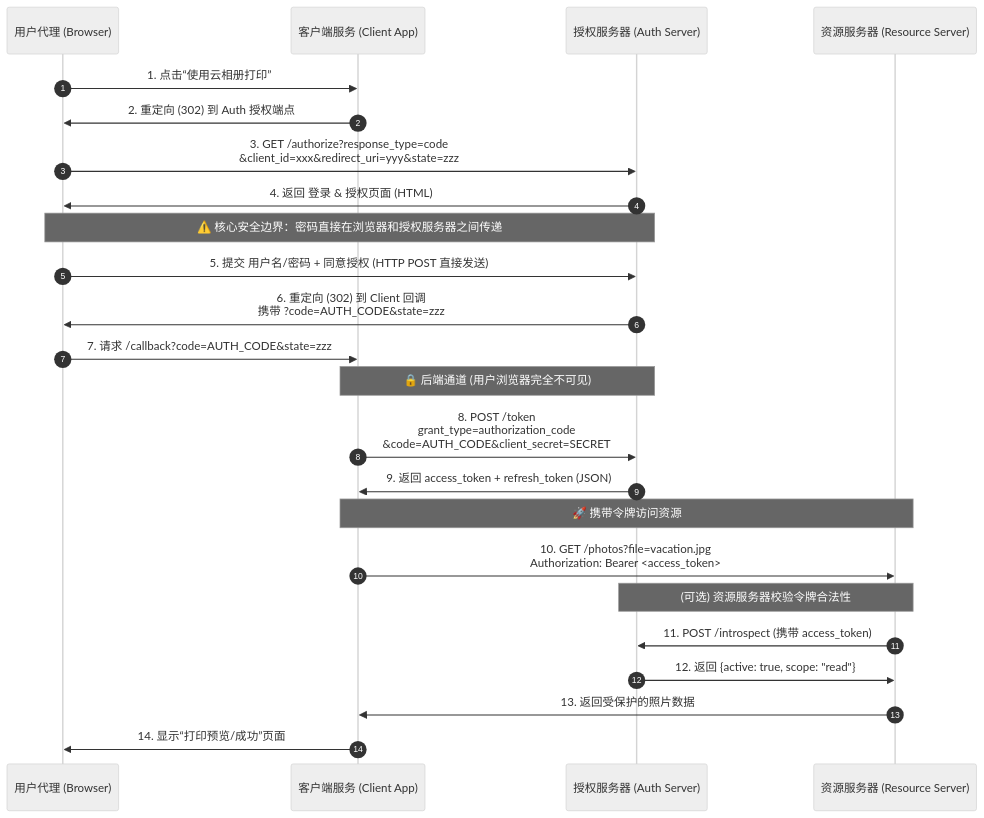
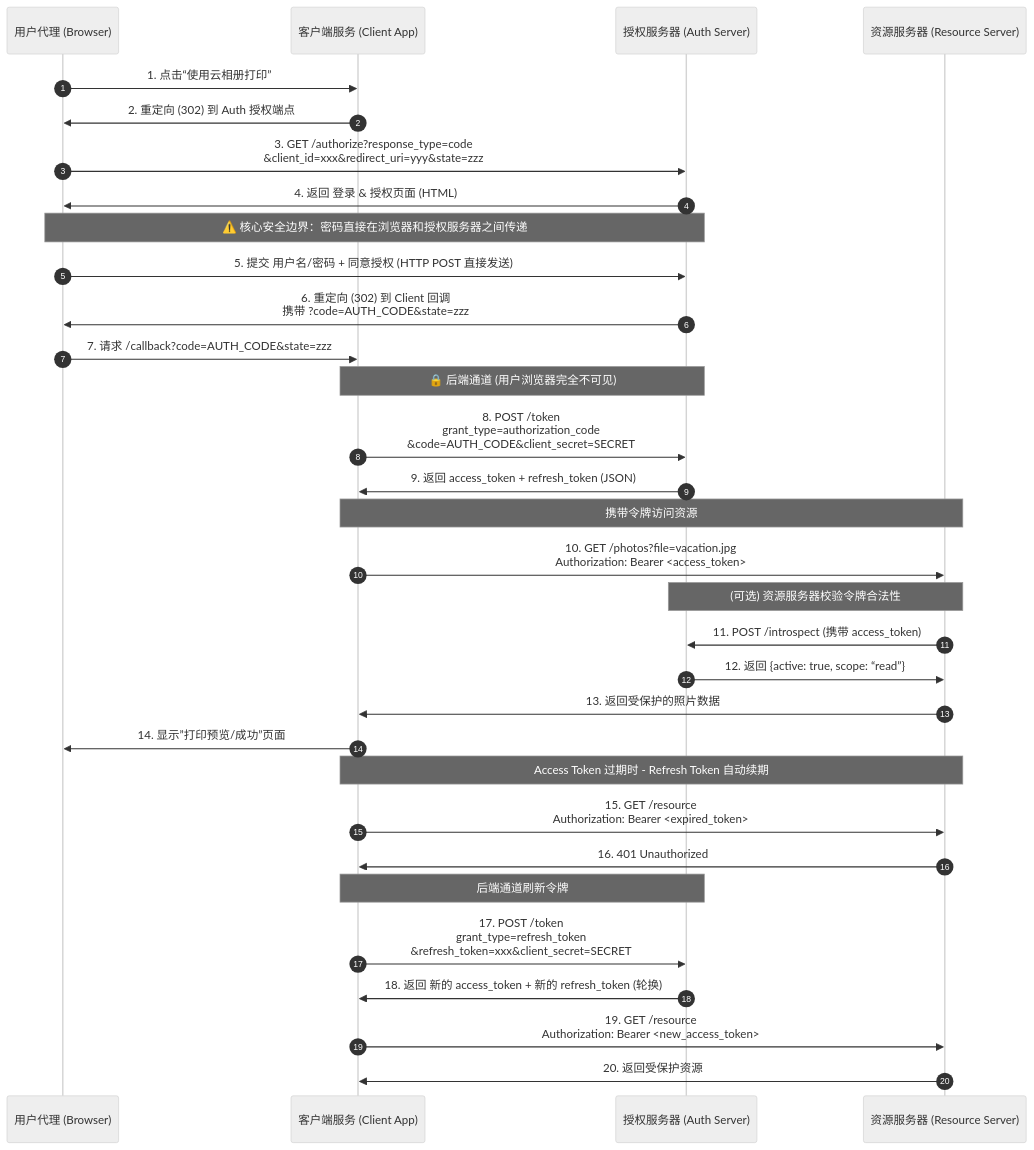
The diagram in cmd/Authorization-Code/status.md (HulnotHutu/oauth2-study), drawn with Mermaid (neutral theme) before and after one commit. The commit also changed other lines of this file and 5 other files, not shown here.

Commit message:
Refresh Token

````diff
--- a/cmd/Authorization-Code/status.md
+++ b/cmd/Authorization-Code/status.md
@@ -45,33 +45,44 @@
 ```mermaid
 sequenceDiagram
     autonumber
     participant Browser as 用户代理 (Browser)
     participant Client as 客户端服务 (Client App)
     participant Auth as 授权服务器 (Auth Server)
     participant Resource as 资源服务器 (Resource Server)
 
     Browser->>Client: 1. 点击“使用云相册打印”
     Client->>Browser: 2. 重定向 (302) 到 Auth 授权端点
     Browser->>Auth: 3. GET /authorize?response_type=code<br/>&client_id=xxx&redirect_uri=yyy&state=zzz
     Auth->>Browser: 4. 返回 登录 & 授权页面 (HTML)
     
     Note over Browser, Auth: ⚠️ 核心安全边界：密码直接在浏览器和授权服务器之间传递
     Browser->>Auth: 5. 提交 用户名/密码 + 同意授权 (HTTP POST 直接发送)
     
     Auth->>Browser: 6. 重定向 (302) 到 Client 回调<br/>携带 ?code=AUTH_CODE&state=zzz
     Browser->>Client: 7. 请求 /callback?code=AUTH_CODE&state=zzz
     
     Note over Client, Auth: 🔒 后端通道 (用户浏览器完全不可见)
     Client->>Auth: 8. POST /token<br/>grant_type=authorization_code<br/>&code=AUTH_CODE&client_secret=SECRET
     Auth->>Client: 9. 返回 access_token + refresh_token (JSON)
     
-    Note over Client, Resource: 🚀 携带令牌访问资源
+    Note over Client, Resource: 携带令牌访问资源
     Client->>Resource: 10. GET /photos?file=vacation.jpg<br/>Authorization: Bearer <access_token>
     
     Note over Resource, Auth: (可选) 资源服务器校验令牌合法性
     Resource->>Auth: 11. POST /introspect (携带 access_token)
-    Auth->>Resource: 12. 返回 {active: true, scope: "read"}
+    Auth->>Resource: 12. 返回 {active: true, scope: “read”}
     
     Resource->>Client: 13. 返回受保护的照片数据
-    Client->>Browser: 14. 显示“打印预览/成功”页面
+    Client->>Browser: 14. 显示”打印预览/成功”页面
+
+    Note over Client, Resource: Access Token 过期时 - Refresh Token 自动续期
+    Client->>Resource: 15. GET /resource<br/>Authorization: Bearer <expired_token>
+    Resource->>Client: 16. 401 Unauthorized
+
+    Note over Client, Auth: 后端通道刷新令牌
+    Client->>Auth: 17. POST /token<br/>grant_type=refresh_token<br/>&refresh_token=xxx&client_secret=SECRET
+    Auth->>Client: 18. 返回 新的 access_token + 新的 refresh_token (轮换)
+
+    Client->>Resource: 19. GET /resource<br/>Authorization: Bearer <new_access_token>
+    Resource->>Client: 20. 返回受保护资源
 ```
````
